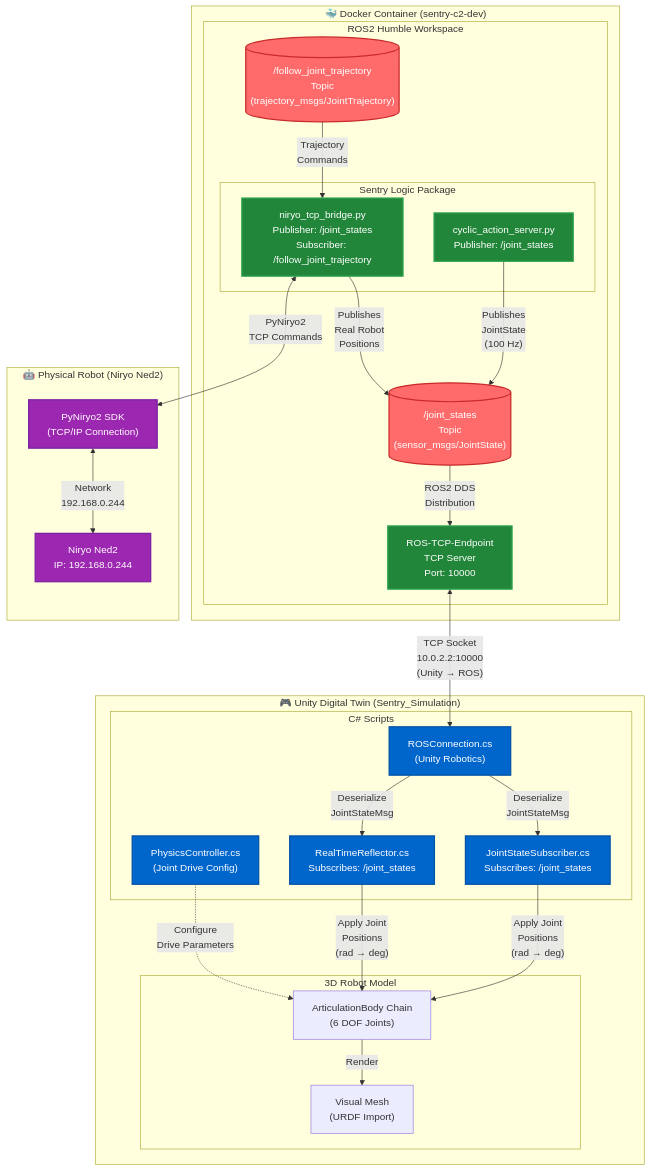
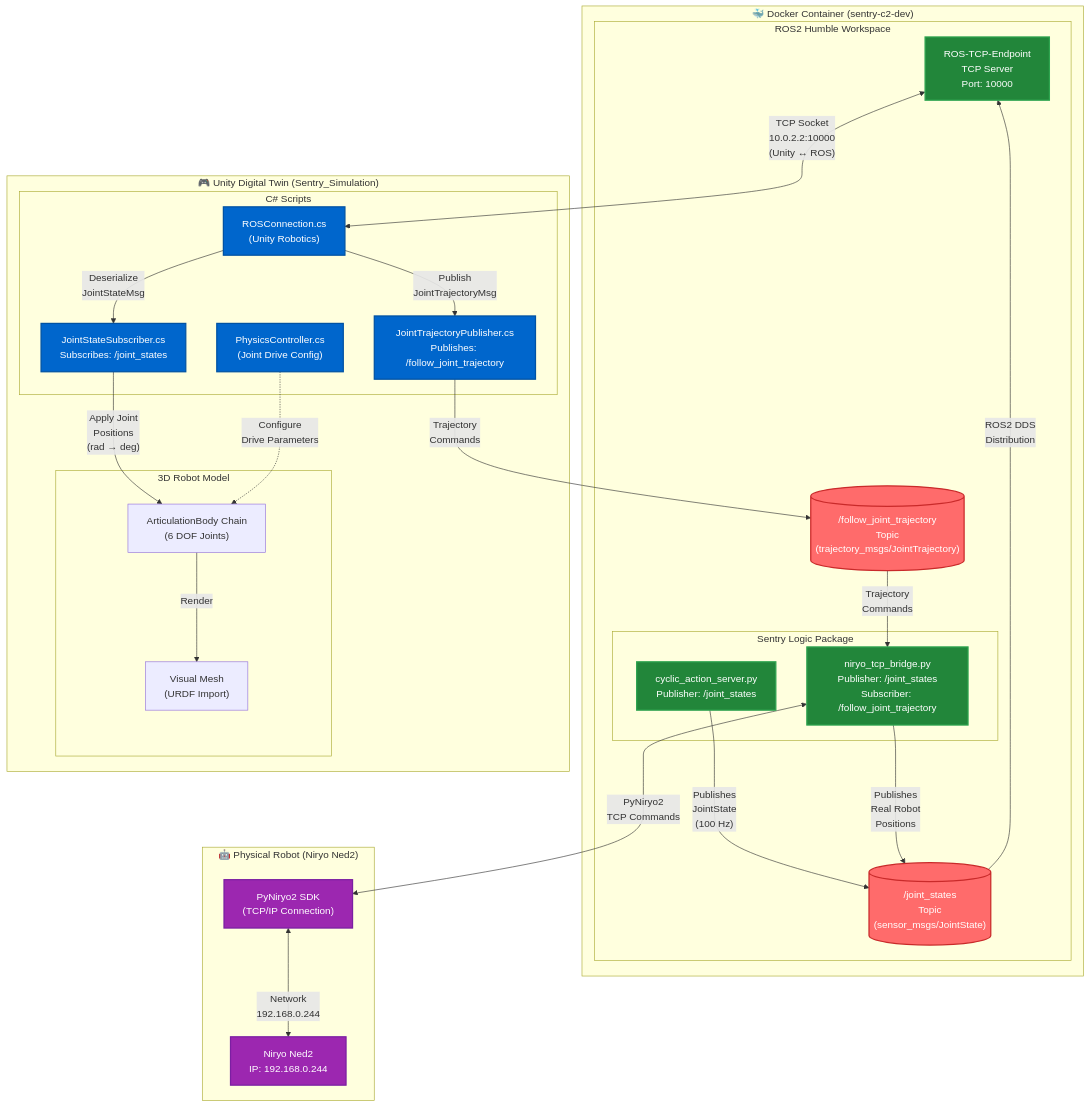
Before and after one commit to LukePepin/SentryC2: the diagram in robotflow.md, drawn with Mermaid. The commit also changed other lines of this file, not shown here.

````diff
--- a/robotflow.md
+++ b/robotflow.md
@@ -17,68 +17,68 @@
 ```mermaid
 flowchart TB
     subgraph Docker["🐳 Docker Container (sentry-c2-dev)"]
         subgraph ROS2["ROS2 Humble Workspace"]
             TCPEndpoint["ROS-TCP-Endpoint<br/>TCP Server<br/>Port: 10000"]
             
             subgraph SentryLogic["Sentry Logic Package"]
                 CyclicServer["cyclic_action_server.py<br/>Publisher: /joint_states"]
                 NiryoBridge["niryo_tcp_bridge.py<br/>Publisher: /joint_states<br/>Subscriber: /follow_joint_trajectory"]
             end
             
             JointStateTopic[("/joint_states<br/>Topic<br/>(sensor_msgs/JointState)")]
             TrajectoryTopic[("/follow_joint_trajectory<br/>Topic<br/>(trajectory_msgs/JointTrajectory)")]
         end
     end
     
     subgraph Unity["🎮 Unity Digital Twin (Sentry_Simulation)"]
         subgraph UnityScripts["C# Scripts"]
             ROSConnection["ROSConnection.cs<br/>(Unity Robotics)"]
             JointSub["JointStateSubscriber.cs<br/>Subscribes: /joint_states"]
-            RealTimeReflector["RealTimeReflector.cs<br/>Subscribes: /joint_states"]
+            JointPub["JointTrajectoryPublisher.cs<br/>Publishes: /follow_joint_trajectory"]
             PhysicsController["PhysicsController.cs<br/>(Joint Drive Config)"]
         end
         
         subgraph UnityModel["3D Robot Model"]
             ArticulationChain["ArticulationBody Chain<br/>(6 DOF Joints)"]
             VisualModel["Visual Mesh<br/>(URDF Import)"]
         end
     end
     
     subgraph Robot["🤖 Physical Robot (Niryo Ned2)"]
         NiryoHardware["Niryo Ned2<br/>IP: 192.168.0.244"]
         PyNiryo["PyNiryo2 SDK<br/>(TCP/IP Connection)"]
     end
 
     %% Data Flow Connections
     CyclicServer -->|"Publishes<br/>JointState<br/>(100 Hz)"| JointStateTopic
     NiryoBridge -->|"Publishes<br/>Real Robot<br/>Positions"| JointStateTopic
     
     JointStateTopic -->|"ROS2 DDS<br/>Distribution"| TCPEndpoint
     
-    TCPEndpoint <-->|"TCP Socket<br/>10.0.2.2:10000<br/>(Unity → ROS)"| ROSConnection
+    TCPEndpoint <-->|"TCP Socket<br/>10.0.2.2:10000<br/>(Unity ↔ ROS)"| ROSConnection
     
     ROSConnection -->|"Deserialize<br/>JointStateMsg"| JointSub
-    ROSConnection -->|"Deserialize<br/>JointStateMsg"| RealTimeReflector
+    ROSConnection -->|"Publish<br/>JointTrajectoryMsg"| JointPub
     
     JointSub -->|"Apply Joint<br/>Positions<br/>(rad → deg)"| ArticulationChain
-    RealTimeReflector -->|"Apply Joint<br/>Positions<br/>(rad → deg)"| ArticulationChain
+    JointPub -->|"Trajectory<br/>Commands"| TrajectoryTopic
     
     PhysicsController -.->|"Configure<br/>Drive Parameters"| ArticulationChain
     ArticulationChain -->|"Render"| VisualModel
     
     NiryoBridge <-->|"PyNiryo2<br/>TCP Commands"| PyNiryo
     PyNiryo <-->|"Network<br/>192.168.0.244"| NiryoHardware
     
     TrajectoryTopic -->|"Trajectory<br/>Commands"| NiryoBridge
 
     %% Styling
     classDef rosNode fill:#22863a,stroke:#2ea44f,stroke-width:2px,color:#fff
     classDef unityNode fill:#0066cc,stroke:#0052a3,stroke-width:2px,color:#fff
     classDef topicNode fill:#ff6b6b,stroke:#c92a2a,stroke-width:2px,color:#fff
     classDef robotNode fill:#9c27b0,stroke:#7b1fa2,stroke-width:2px,color:#fff
     
     class CyclicServer,NiryoBridge,TCPEndpoint rosNode
-    class ROSConnection,JointSub,RealTimeReflector,PhysicsController unityNode
+    class ROSConnection,JointSub,JointPub,PhysicsController unityNode
     class JointStateTopic,TrajectoryTopic topicNode
     class NiryoHardware,PyNiryo robotNode
 ```
````
